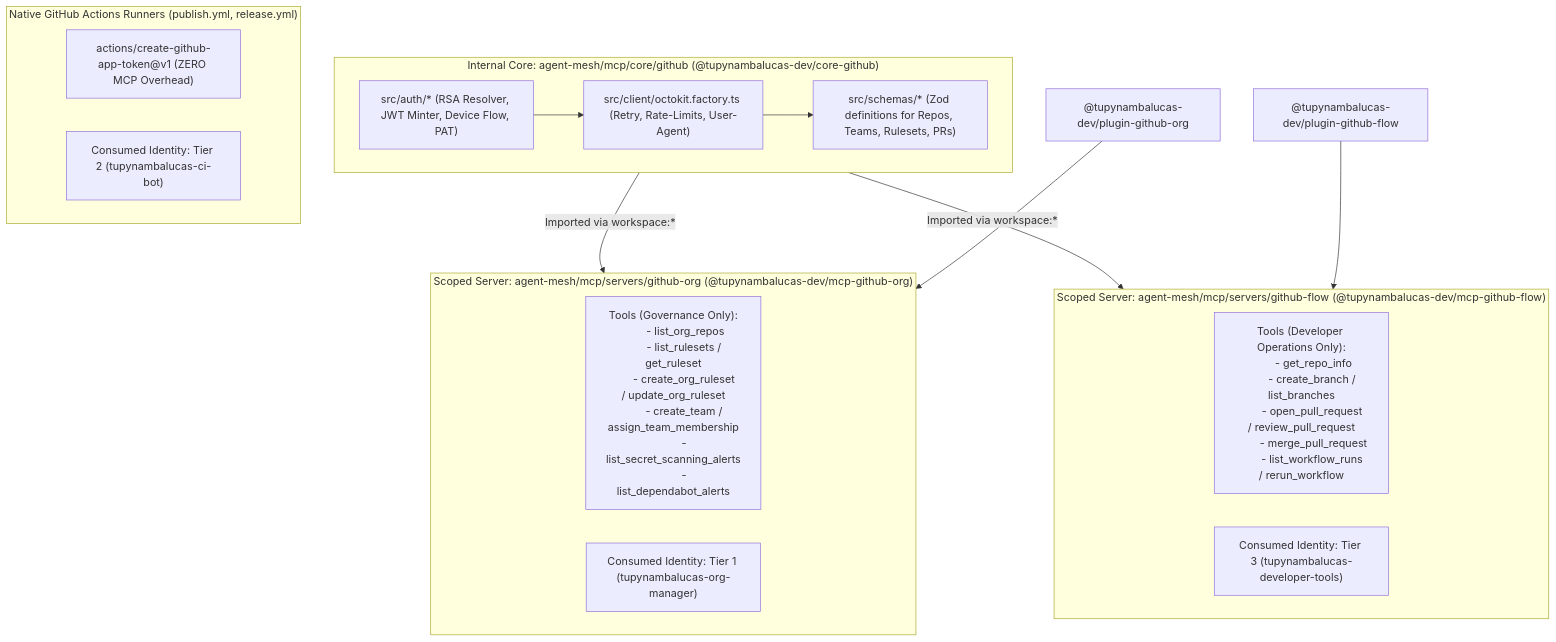
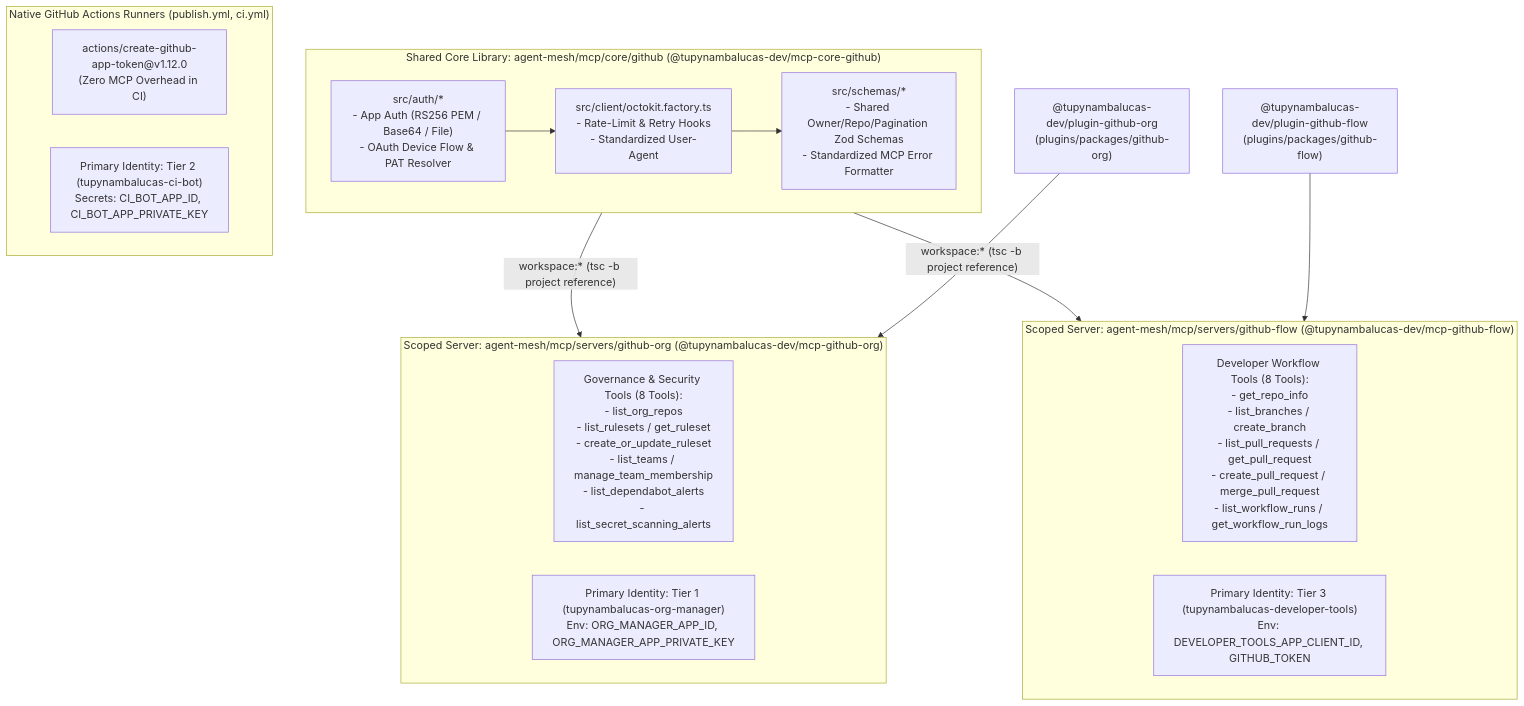
Before and after one commit to tupynambalucas-dev/agent-mesh: the first of 2 diagrams in .agents/analyses/mcp-architecture-single-vs-modular-github-apps.md, drawn with Mermaid. The commit also changed other lines of this file and 2 other files, not shown here.

Commit message:
docs(analyses): add recursive AGENTS.md and README.md governance matrix (#39)

````diff
--- a/.agents/analyses/mcp-architecture-single-vs-modular-github-apps.md
+++ b/.agents/analyses/mcp-architecture-single-vs-modular-github-apps.md
@@ -137,42 +166,31 @@
 ```mermaid
 flowchart TD
-    subgraph CoreLayer ["Internal Core: agent-mesh/mcp/core/github (@tupynambalucas-dev/core-github)"]
-        AuthModule["src/auth/* (RSA Resolver, JWT Minter, Device Flow, PAT)"]
-        OctokitFactory["src/client/octokit.factory.ts (Retry, Rate-Limits, User-Agent)"]
-        Schemas["src/schemas/* (Zod definitions for Repos, Teams, Rulesets, PRs)"]
+    subgraph CoreLayer ["Shared Core Library: agent-mesh/mcp/core/github (@tupynambalucas-dev/mcp-core-github)"]
+        AuthModule["src/auth/*\n- App Auth (RS256 PEM / Base64 / File)\n- OAuth Device Flow & PAT Resolver"]
+        OctokitFactory["src/client/octokit.factory.ts\n- Rate-Limit & Retry Hooks\n- Standardized User-Agent"]
+        Schemas["src/schemas/*\n- Shared Owner/Repo/Pagination Zod Schemas\n- Standardized MCP Error Formatter"]
         AuthModule --> OctokitFactory
         OctokitFactory --> Schemas
     end
 
     subgraph ServerOrg ["Scoped Server: agent-mesh/mcp/servers/github-org (@tupynambalucas-dev/mcp-github-org)"]
-        ToolsOrg["Tools (Governance Only):
-        - list_org_repos
-        - list_rulesets / get_ruleset
-        - create_org_ruleset / update_org_ruleset
-        - create_team / assign_team_membership
-        - list_secret_scanning_alerts
-        - list_dependabot_alerts"]
-        IdentityOrg["Consumed Identity: Tier 1 (tupynambalucas-org-manager)"]
+        ToolsOrg["Governance & Security Tools (8 Tools):\n- list_org_repos\n- list_rulesets / get_ruleset\n- create_or_update_ruleset\n- list_teams / manage_team_membership\n- list_dependabot_alerts\n- list_secret_scanning_alerts"]
+        IdentityOrg["Primary Identity: Tier 1 (tupynambalucas-org-manager)\nEnv: ORG_MANAGER_APP_ID, ORG_MANAGER_APP_PRIVATE_KEY"]
     end
 
     subgraph ServerFlow ["Scoped Server: agent-mesh/mcp/servers/github-flow (@tupynambalucas-dev/mcp-github-flow)"]
-        ToolsFlow["Tools (Developer Operations Only):
-        - get_repo_info
-        - create_branch / list_branches
-        - open_pull_request / review_pull_request
-        - merge_pull_request
-        - list_workflow_runs / rerun_workflow"]
-        IdentityFlow["Consumed Identity: Tier 3 (tupynambalucas-developer-tools)"]
+        ToolsFlow["Developer Workflow Tools (8 Tools):\n- get_repo_info\n- list_branches / create_branch\n- list_pull_requests / get_pull_request\n- create_pull_request / merge_pull_request\n- list_workflow_runs / get_workflow_run_logs"]
+        IdentityFlow["Primary Identity: Tier 3 (tupynambalucas-developer-tools)\nEnv: DEVELOPER_TOOLS_APP_CLIENT_ID, GITHUB_TOKEN"]
     end
 
-    subgraph CIWorkflows ["Native GitHub Actions Runners (publish.yml, release.yml)"]
-        NativeAction["actions/create-github-app-token@v1 (ZERO MCP Overhead)"]
-        IdentityCI["Consumed Identity: Tier 2 (tupynambalucas-ci-bot)"]
+    subgraph CIWorkflows ["Native GitHub Actions Runners (publish.yml, ci.yml)"]
+        NativeAction["actions/create-github-app-token@v1.12.0\n(Zero MCP Overhead in CI)"]
+        IdentityCI["Primary Identity: Tier 2 (tupynambalucas-ci-bot)\nSecrets: CI_BOT_APP_ID, CI_BOT_APP_PRIVATE_KEY"]
     end
 
-    CoreLayer -- "Imported via workspace:*" --> ServerOrg
-    CoreLayer -- "Imported via workspace:*" --> ServerFlow
+    CoreLayer -- "workspace:* (tsc -b project reference)" --> ServerOrg
+    CoreLayer -- "workspace:* (tsc -b project reference)" --> ServerFlow
 
-    PluginOrg["@tupynambalucas-dev/plugin-github-org"] --> ServerOrg
-    PluginFlow["@tupynambalucas-dev/plugin-github-flow"] --> ServerFlow
+    PluginOrg["@tupynambalucas-dev/plugin-github-org\n(plugins/packages/github-org)"] --> ServerOrg
+    PluginFlow["@tupynambalucas-dev/plugin-github-flow\n(plugins/packages/github-flow)"] --> ServerFlow
 ```
````
